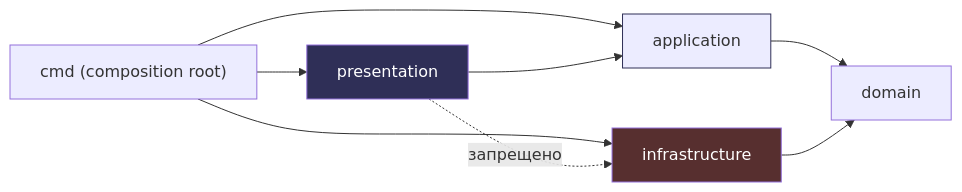
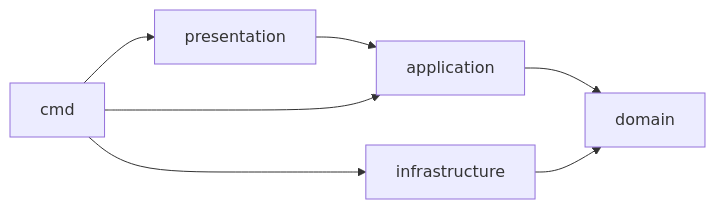
Before and after one commit to Liapoldus/liapoldus.github.io: the diagram in gateway/architecture/structure.md, drawn with Mermaid. The commit also changed other lines of this file and 26 other files, not shown here.

````diff
--- a/gateway/architecture/structure.md
+++ b/gateway/architecture/structure.md
@@ -77,20 +16,9 @@
 ```mermaid
 flowchart LR
-    CMD["cmd (composition root)"]
-    P["presentation"]
-    A["application"]
-    I["infrastructure"]
-    D["domain"]
-
-    CMD --> P
-    CMD --> A
-    CMD --> I
-    P --> A
-    A --> D
-    I --> D
-    P -. "запрещено" .-> I
-
-    style P fill:#2f2f57,color:#fff
-    style A stroke:#2f2f57
-    style I fill:#572f2f,color:#fff
+  P[presentation] --> A[application]
+  A --> D[domain]
+  I[infrastructure] --> D
+  C[cmd] --> P
+  C --> A
+  C --> I
 ```
````
